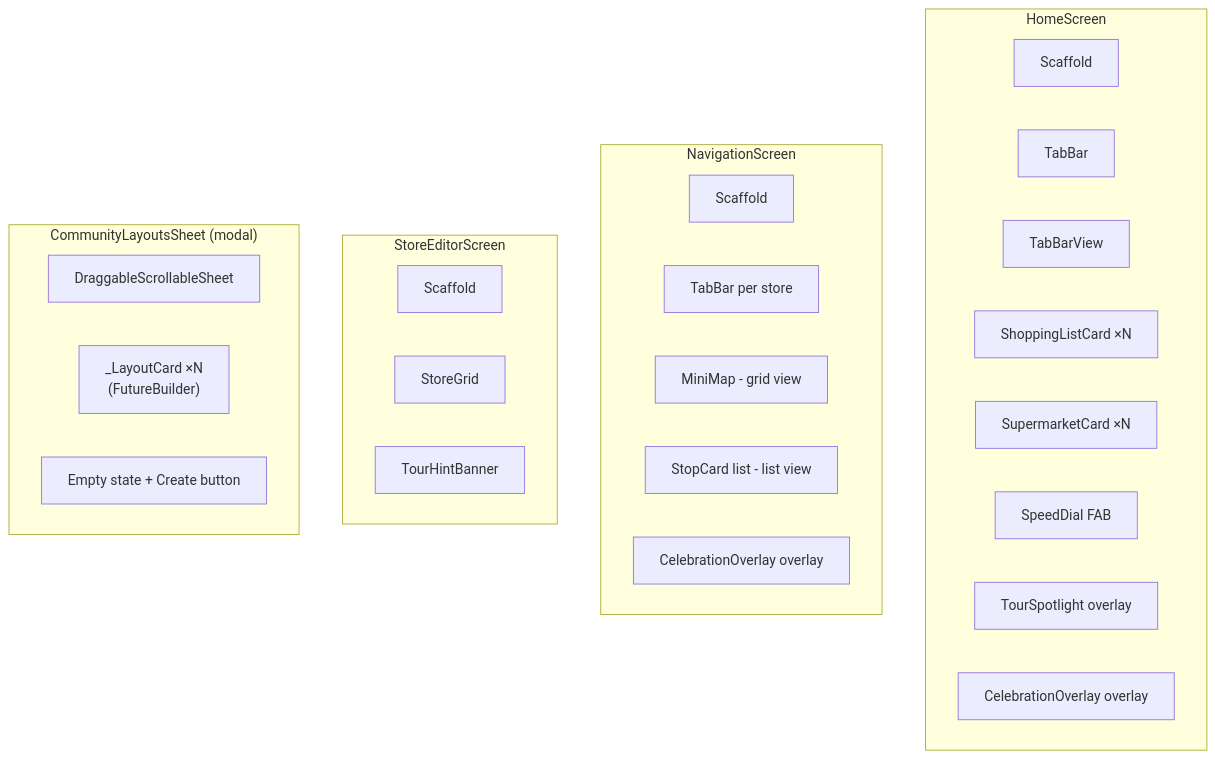
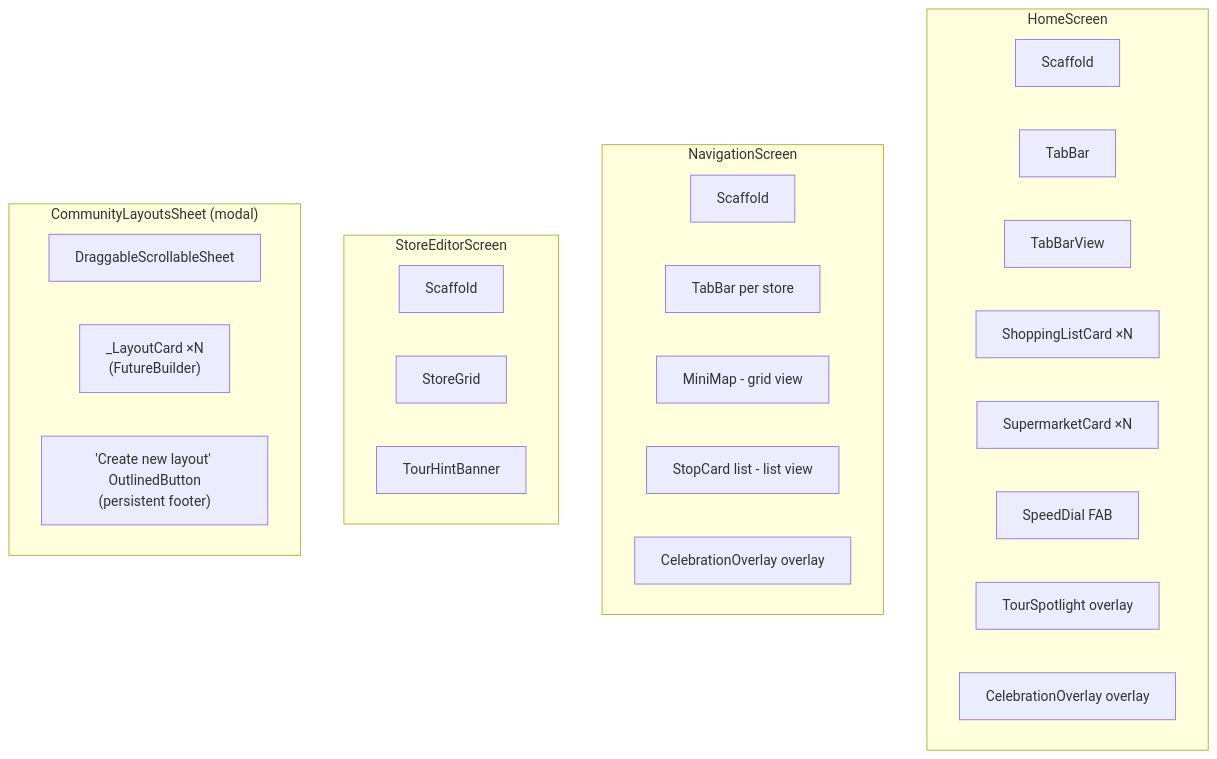
The second of 2 diagrams in docs/architecture/screens-navigation.md (danile42/fairelescourses), drawn with Mermaid before and after one commit. The commit also changed other lines of this file and 9 other files, not shown here.

````diff
--- a/docs/architecture/screens-navigation.md
+++ b/docs/architecture/screens-navigation.md
@@ -133,33 +133,33 @@
 ```mermaid
 flowchart TD
     subgraph HomeScreen
         HS1[Scaffold]
         HS2[TabBar]
         HS3[TabBarView]
         HS4["ShoppingListCard ×N"]
         HS5["SupermarketCard ×N"]
         HS6[SpeedDial FAB]
         HS7[TourSpotlight overlay]
         HS8[CelebrationOverlay overlay]
     end
 
     subgraph NavigationScreen
         NS1[Scaffold]
         NS2[TabBar per store]
         NS3[MiniMap - grid view]
         NS4[StopCard list - list view]
         NS5[CelebrationOverlay overlay]
     end
 
     subgraph StoreEditorScreen
         SE1[Scaffold]
         SE2[StoreGrid]
         SE3[TourHintBanner]
     end
 
     subgraph CommunityLayoutsSheet["CommunityLayoutsSheet (modal)"]
         CL1[DraggableScrollableSheet]
         CL2["_LayoutCard ×N\n(FutureBuilder)"]
-        CL3["Empty state + Create button"]
+        CL3["'Create new layout' OutlinedButton\n(persistent footer)"]
     end
 ```
````
